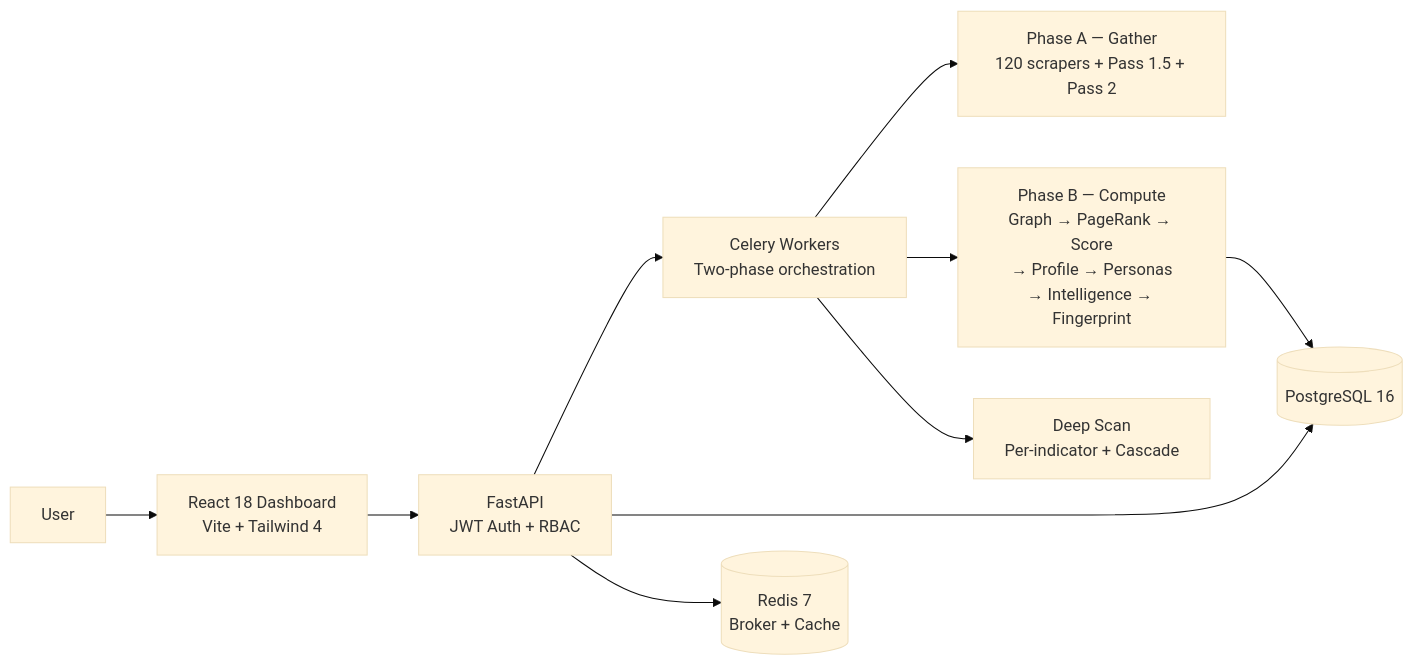
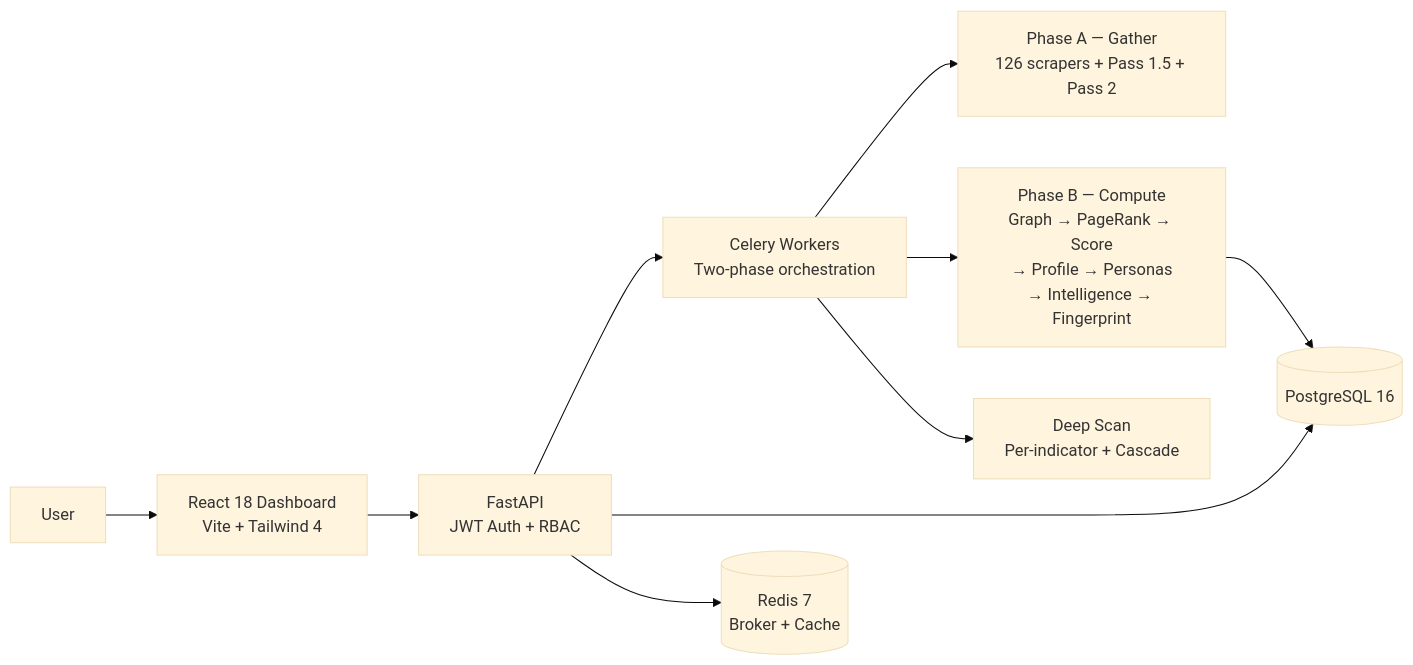
One commit to nabz0r/xposeTIP changed the diagram in README.md. Above: the diagram before and after it, drawn with Mermaid (base theme). The commit also changed other lines of this file and 6 other files, not shown here.

````diff
--- a/README.md
+++ b/README.md
@@ -116,12 +118,12 @@
 ```mermaid
 graph LR
     U[User] --> R[React 18 Dashboard<br/>Vite + Tailwind 4]
     R --> A[FastAPI<br/>JWT Auth + RBAC]
     A --> C[Celery Workers<br/>Two-phase orchestration]
     A --> PG[(PostgreSQL 16)]
     A --> RD[(Redis 7<br/>Broker + Cache)]
-    C --> P1[Phase A — Gather<br/>120 scrapers + Pass 1.5 + Pass 2]
+    C --> P1[Phase A — Gather<br/>126 scrapers + Pass 1.5 + Pass 2]
     C --> P2[Phase B — Compute<br/>Graph → PageRank → Score<br/>→ Profile → Personas<br/>→ Intelligence → Fingerprint]
     P2 --> PG
     C --> DS[Deep Scan<br/>Per-indicator + Cascade]
 ```
````
